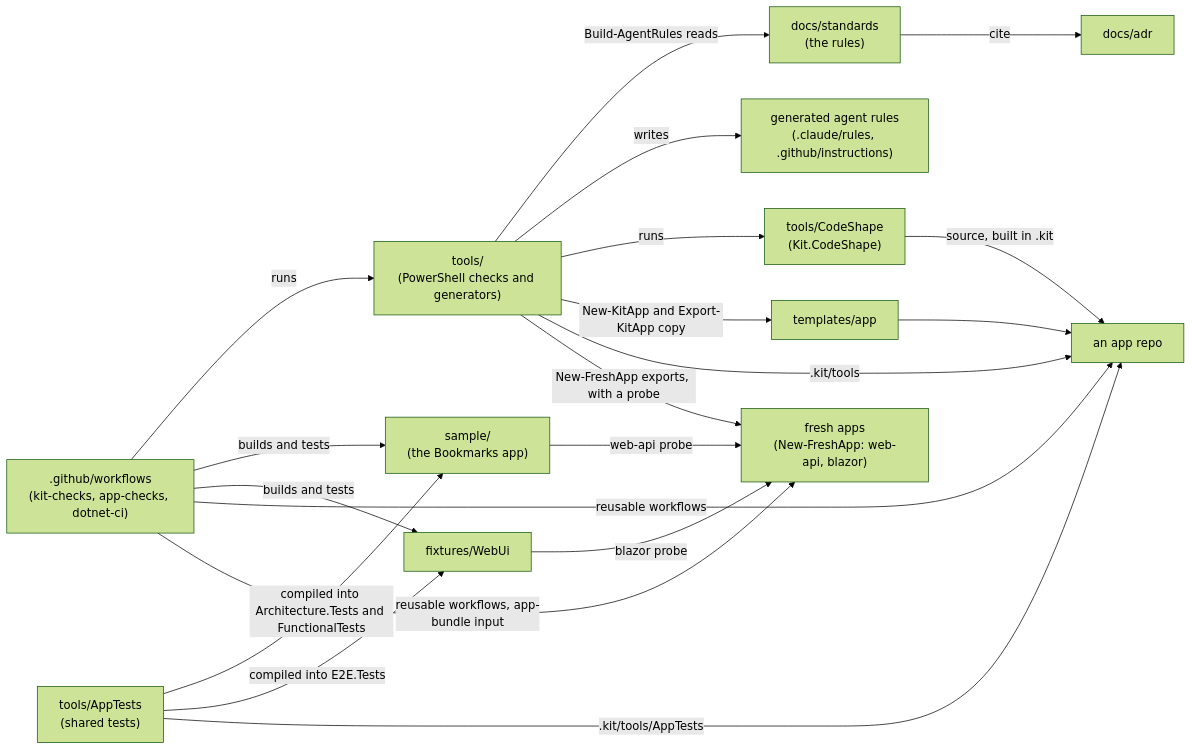
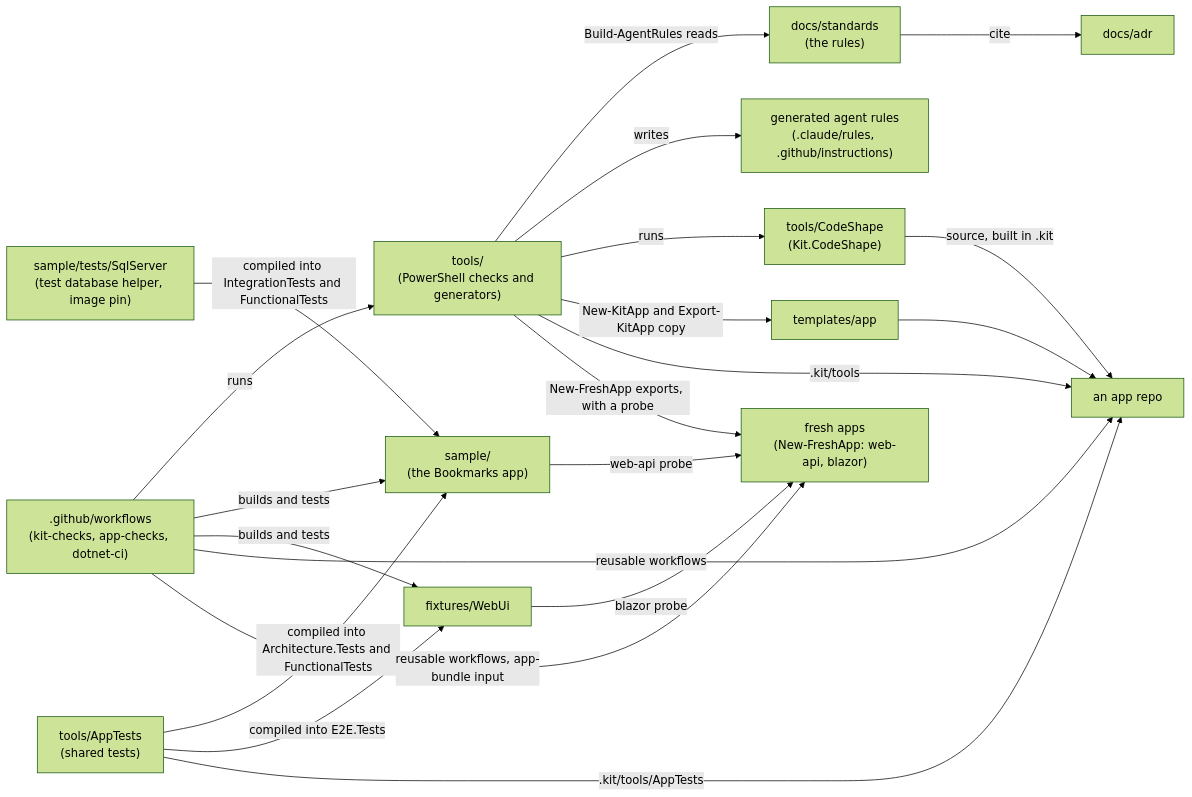
Before and after one commit to DerekFoulk/dotnet-agent-kit: the first of 2 diagrams in docs/architecture/modules.md, drawn with Mermaid (forest theme). The commit also changed 12 other files, not shown here.

First line of the commit message:
docs: close GAP-025, record ADR-0098, and say what the sample proves on SQL Server

````diff
--- a/docs/architecture/modules.md
+++ b/docs/architecture/modules.md
@@ -7,34 +7,35 @@
 ```mermaid
 flowchart LR
     standards["docs/standards<br/>(the rules)"]
     adr["docs/adr"]
     rules["generated agent rules<br/>(.claude/rules, .github/instructions)"]
     tools["tools/<br/>(PowerShell checks and generators)"]
     codeshape["tools/CodeShape<br/>(Kit.CodeShape)"]
     ci[".github/workflows<br/>(kit-checks, app-checks, dotnet-ci)"]
     templates["templates/app"]
     sample["sample/<br/>(the Bookmarks app)"]
     webui["fixtures/WebUi"]
     apps["an app repo"]
 
     standards -->|cite| adr
     tools -->|Build-AgentRules reads| standards
     tools -->|writes| rules
     tools -->|runs| codeshape
     ci -->|runs| tools
     ci -->|builds and tests| sample
     ci -->|builds and tests| webui
     tools -->|New-KitApp and Export-KitApp copy| templates
     templates --> apps
     tools -->|.kit/tools| apps
     codeshape -->|source, built in .kit| apps
     apptests["tools/AppTests<br/>(shared tests)"] -->|compiled into Architecture.Tests and FunctionalTests| sample
     apptests -->|compiled into E2E.Tests| webui
     apptests -->|.kit/tools/AppTests| apps
+    sqlserver["sample/tests/SqlServer<br/>(test database helper, image pin)"] -->|compiled into IntegrationTests and FunctionalTests| sample
     ci -->|reusable workflows| apps
     fresh["fresh apps<br/>(New-FreshApp: web-api, blazor)"]
     tools -->|New-FreshApp exports, with a probe| fresh
     sample -->|web-api probe| fresh
     webui -->|blazor probe| fresh
     ci -->|reusable workflows, app-bundle input| fresh
 ```
````
